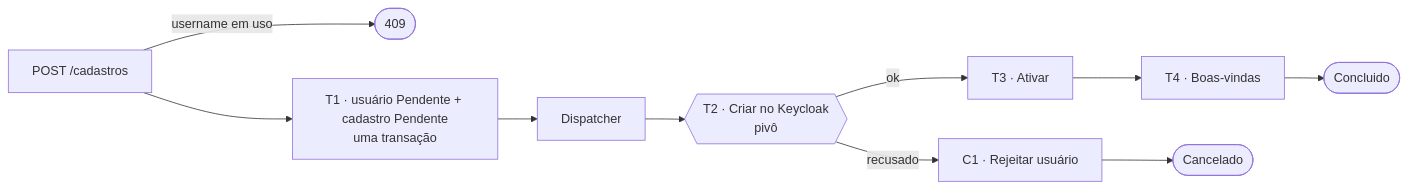
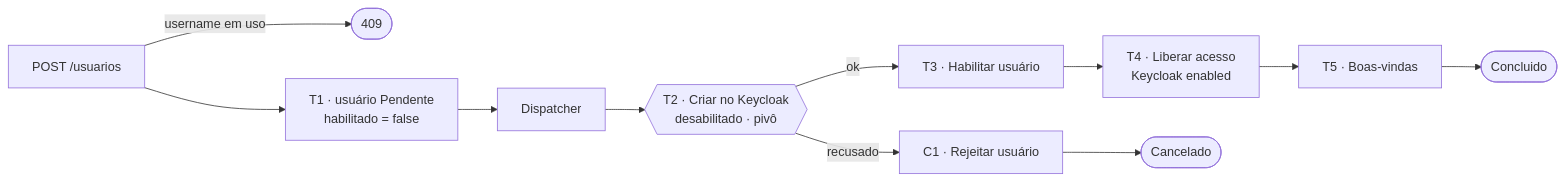
One commit to fgarioli/temporal-saga changed the diagram in README.md. Above: the diagram before and after it, drawn with Mermaid. The commit also changed other lines of this file and 118 other files, not shown here.

First line of the commit message:
refactor: troca o cadastro pelo usuário e libera o acesso só no fim da saga

````diff
--- a/README.md
+++ b/README.md
@@ -21,7 +22,7 @@
 ```mermaid
 flowchart LR
-    API[POST /cadastros] -->|username em uso| E409([409])
-    API --> T1[T1 · usuário Pendente + cadastro Pendente<br/>uma transação] --> D[Dispatcher] --> T2{{T2 · Criar no Keycloak<br/>pivô}}
-    T2 -->|ok| T3[T3 · Ativar] --> T4[T4 · Boas-vindas] --> OK([Concluido])
+    API[POST /usuarios] -->|username em uso| E409([409])
+    API --> T1[T1 · usuário Pendente<br/>habilitado = false] --> D[Dispatcher] --> T2{{T2 · Criar no Keycloak<br/>desabilitado · pivô}}
+    T2 -->|ok| T3[T3 · Habilitar usuário] --> T4[T4 · Liberar acesso<br/>Keycloak enabled] --> T5[T5 · Boas-vindas] --> OK([Concluido])
     T2 -->|recusado| C1[C1 · Rejeitar usuário] --> KO([Cancelado])
 ```
````
